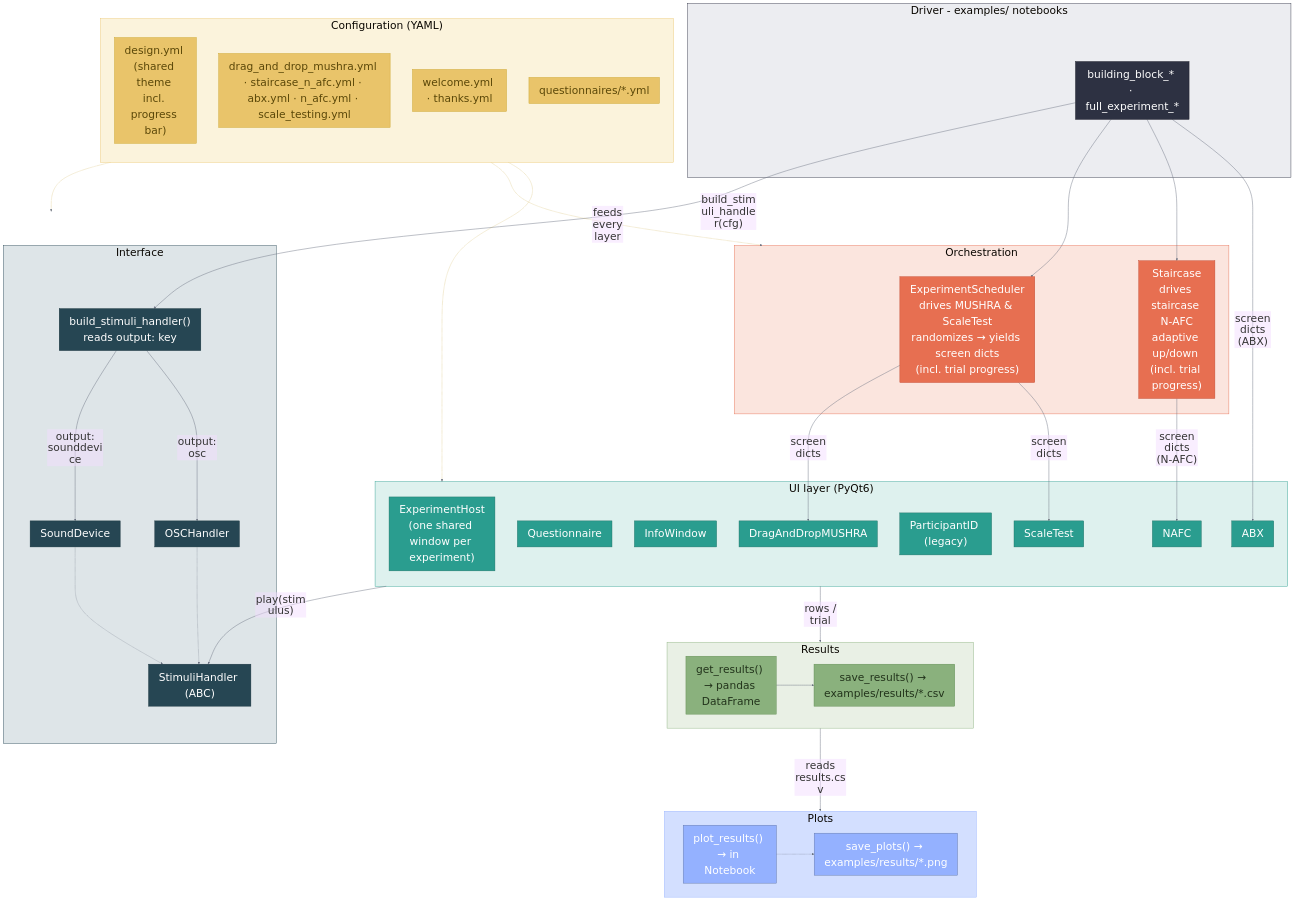
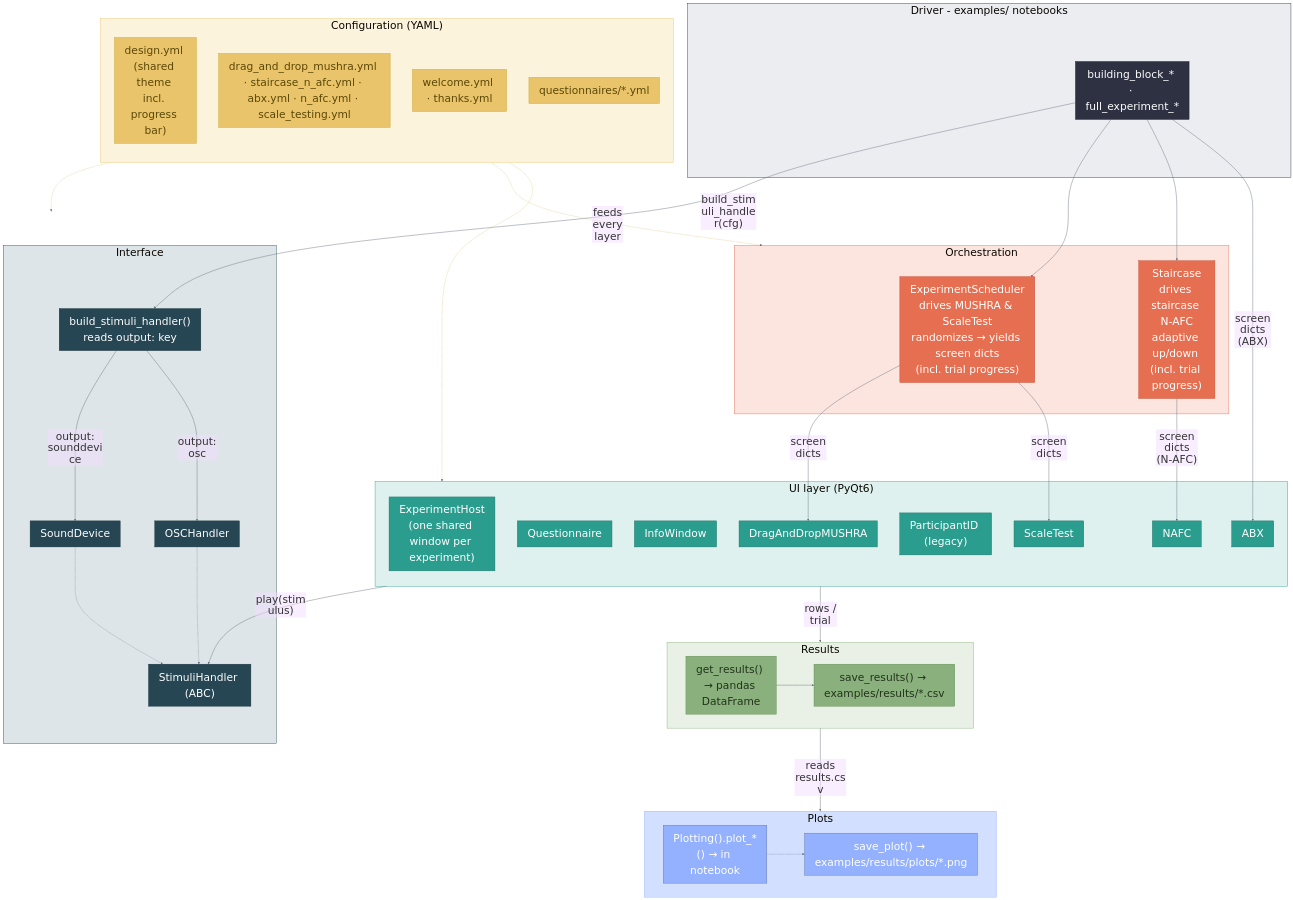
One commit to tomstrobl/whispy changed the diagram in README.md. Above: the diagram before and after it, drawn with Mermaid. The commit also changed 12 other files, not shown here.

```diff
--- a/README.md
+++ b/README.md
@@ -144,8 +144,8 @@
 
     subgraph PLT["Plots"]
         direction LR
-        PL["plot_results() → in Notebook"]
-        SP["save_plots() → examples/results/*.png"]
+        PL["Plotting().plot_*() → in notebook"]
+        SP["save_plot() → examples/results/plots/*.png"]
     end
 
 
```
